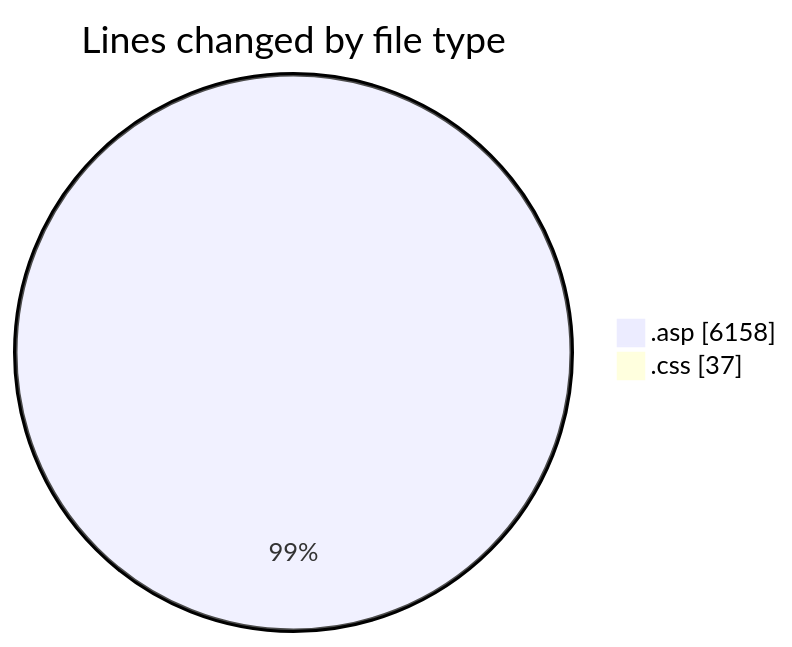
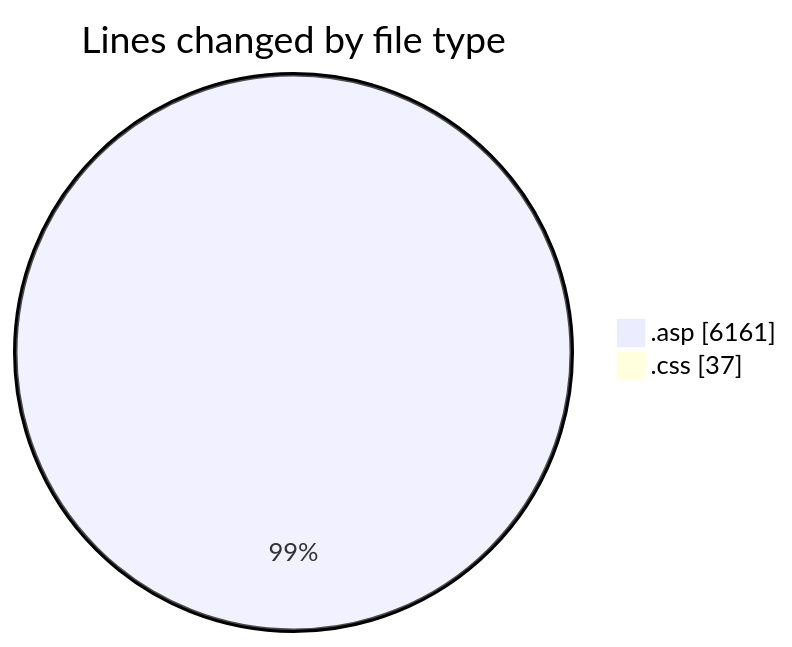
One commit to julien-gomy/code-tracking changed the first of 2 diagrams in 2025-11-02/cdp_aleoudev_fr__workspace_/README.md. Above: the diagram before and after it, drawn with Mermaid. The commit also changed other lines of this file and 1 other file, not shown here.

````diff
--- a/2025-11-02/cdp_aleoudev_fr__workspace_/README.md
+++ b/2025-11-02/cdp_aleoudev_fr__workspace_/README.md
@@ -25,6 +25,6 @@
 ```mermaid
 pie showData
 title Lines changed by file type
-".asp" : 6158
+".asp" : 6161
 ".css" : 37
 ```
````
